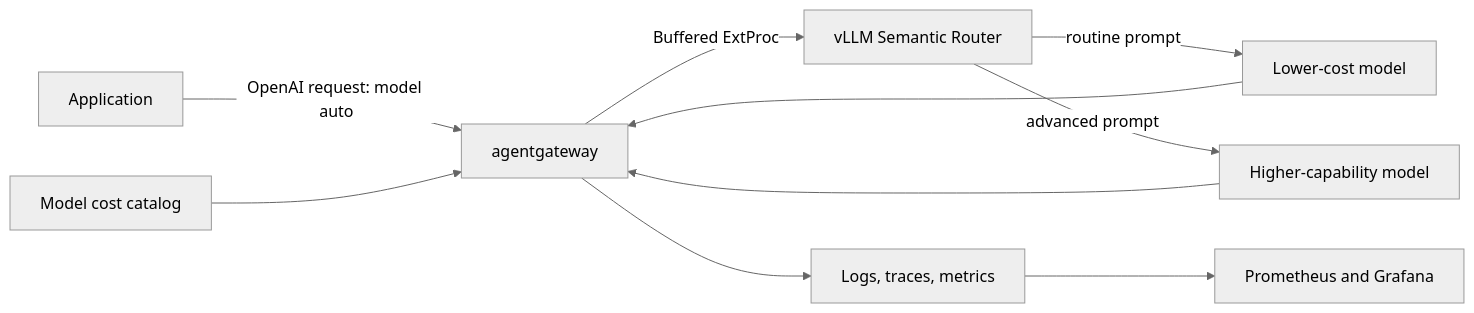
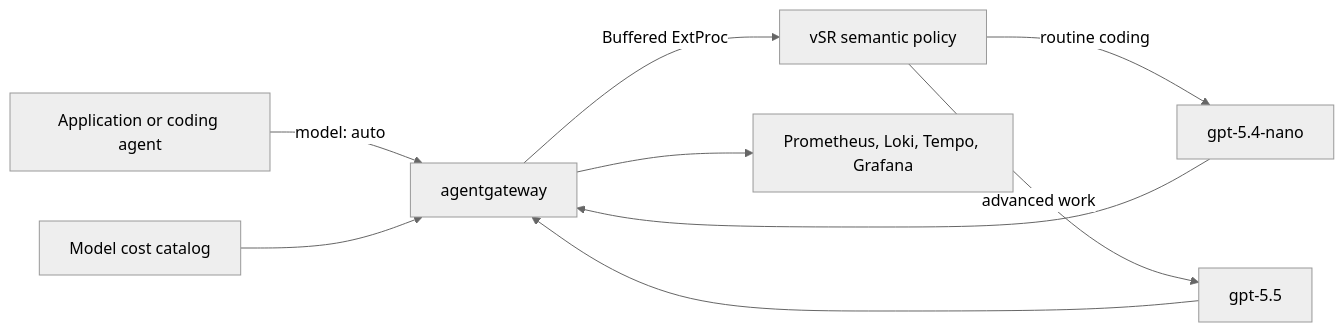
The diagram in cost-based-semantic-routing/README.md (danehans/agentgateway-demos), drawn with Mermaid (neutral theme) before and after one commit. The commit also changed other lines of this file and 15 other files, not shown here.

````diff
--- a/cost-based-semantic-routing/README.md
+++ b/cost-based-semantic-routing/README.md
@@ -17,12 +23,11 @@
 ```mermaid
 flowchart LR
-    A[Application] -->|OpenAI request: model auto| G[agentgateway]
-    G -->|Buffered ExtProc| S[vLLM Semantic Router]
-    S -->|routine prompt| L[Lower-cost model]
-    S -->|advanced prompt| H[Higher-capability model]
+    A[Application or coding agent] -->|model: auto| G[agentgateway]
+    G -->|Buffered ExtProc| S[vSR semantic policy]
+    S -->|routine coding| L[gpt-5.4-nano]
+    S -->|advanced work| H[gpt-5.5]
     L --> G
     H --> G
-    G --> O[Logs, traces, metrics]
     C[Model cost catalog] --> G
-    O --> P[Prometheus and Grafana]
+    G --> O[Prometheus, Loki, Tempo, Grafana]
 ```
````
